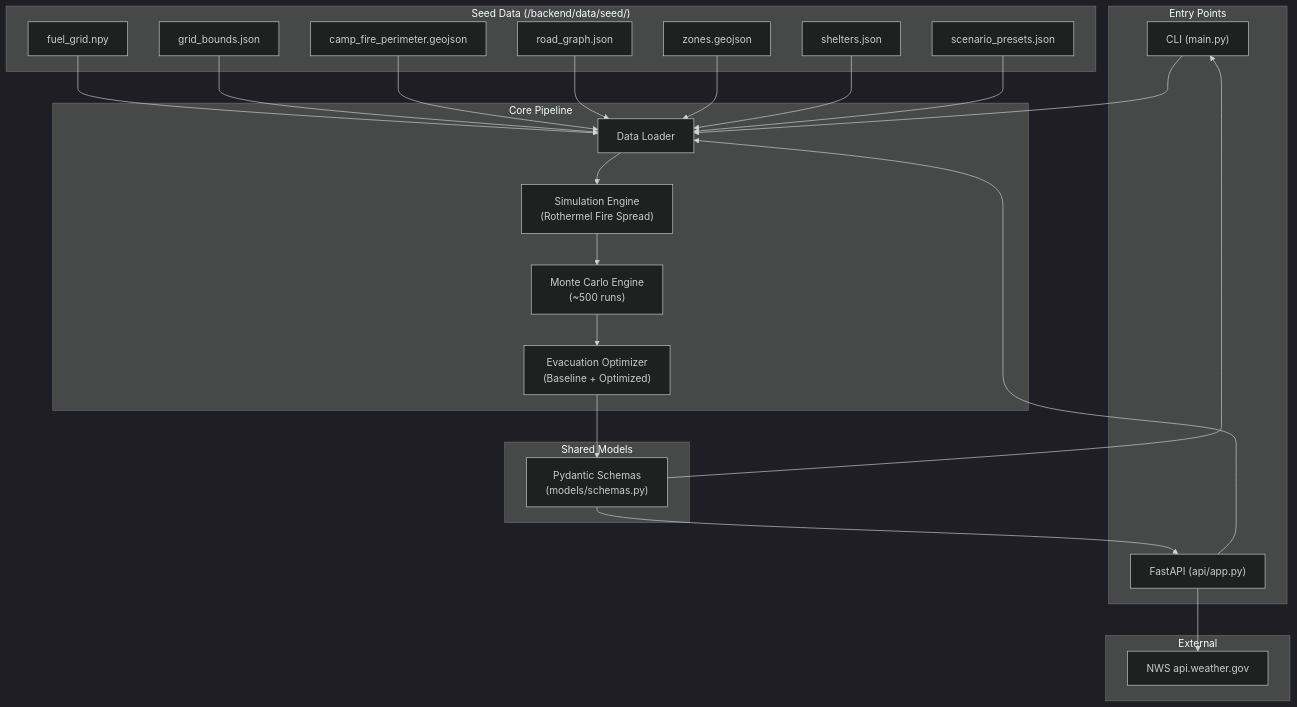
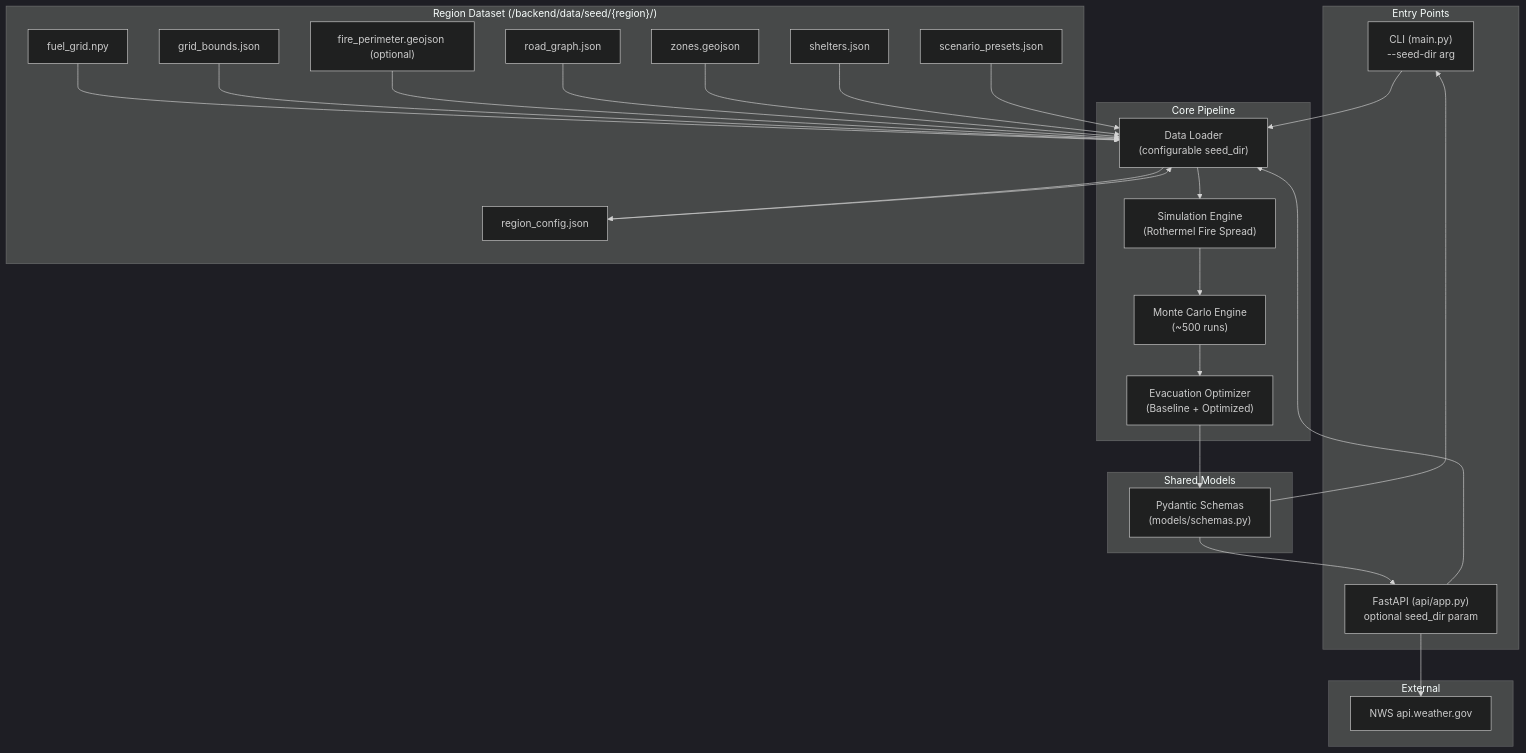
The first of 2 diagrams in .kiro/specs/evacuai-backend-prototype/design.md (toharm/kirohacks), drawn with Mermaid (dark theme) before and after one commit. The commit also changed other lines of this file and 2 other files, not shown here.

Commit message:
Finish pre docs for backend

````diff
--- a/.kiro/specs/evacuai-backend-prototype/design.md
+++ b/.kiro/specs/evacuai-backend-prototype/design.md
@@ -33,50 +35,53 @@
 ```mermaid
 graph TB
     subgraph "Entry Points"
-        CLI["CLI (main.py)"]
-        API["FastAPI (api/app.py)"]
+        CLI["CLI (main.py)<br/>--seed-dir arg"]
+        API["FastAPI (api/app.py)<br/>optional seed_dir param"]
     end
 
     subgraph "Core Pipeline"
-        DL["Data Loader"]
+        DL["Data Loader<br/>(configurable seed_dir)"]
         SIM["Simulation Engine<br/>(Rothermel Fire Spread)"]
         MC["Monte Carlo Engine<br/>(~500 runs)"]
         EVAC["Evacuation Optimizer<br/>(Baseline + Optimized)"]
     end
 
     subgraph "External"
         NWS["NWS api.weather.gov"]
     end
 
-    subgraph "Seed Data (/backend/data/seed/)"
+    subgraph "Region Dataset (/backend/data/seed/{region}/)"
+        RC["region_config.json"]
         FG["fuel_grid.npy"]
         GB["grid_bounds.json"]
-        CP["camp_fire_perimeter.geojson"]
+        FP["fire_perimeter.geojson (optional)"]
         RG["road_graph.json"]
         ZN["zones.geojson"]
         SH["shelters.json"]
         SP["scenario_presets.json"]
     end
 
     subgraph "Shared Models"
         SCHEMA["Pydantic Schemas<br/>(models/schemas.py)"]
     end
 
     CLI --> DL
     API --> DL
     API --> NWS
+    DL --> RC
     DL --> SIM
     SIM --> MC
     MC --> EVAC
     EVAC --> SCHEMA
     SCHEMA --> CLI
     SCHEMA --> API
 
+    RC --> DL
     FG --> DL
     GB --> DL
-    CP --> DL
+    FP --> DL
     RG --> DL
     ZN --> DL
     SH --> DL
     SP --> DL
 ```
````
